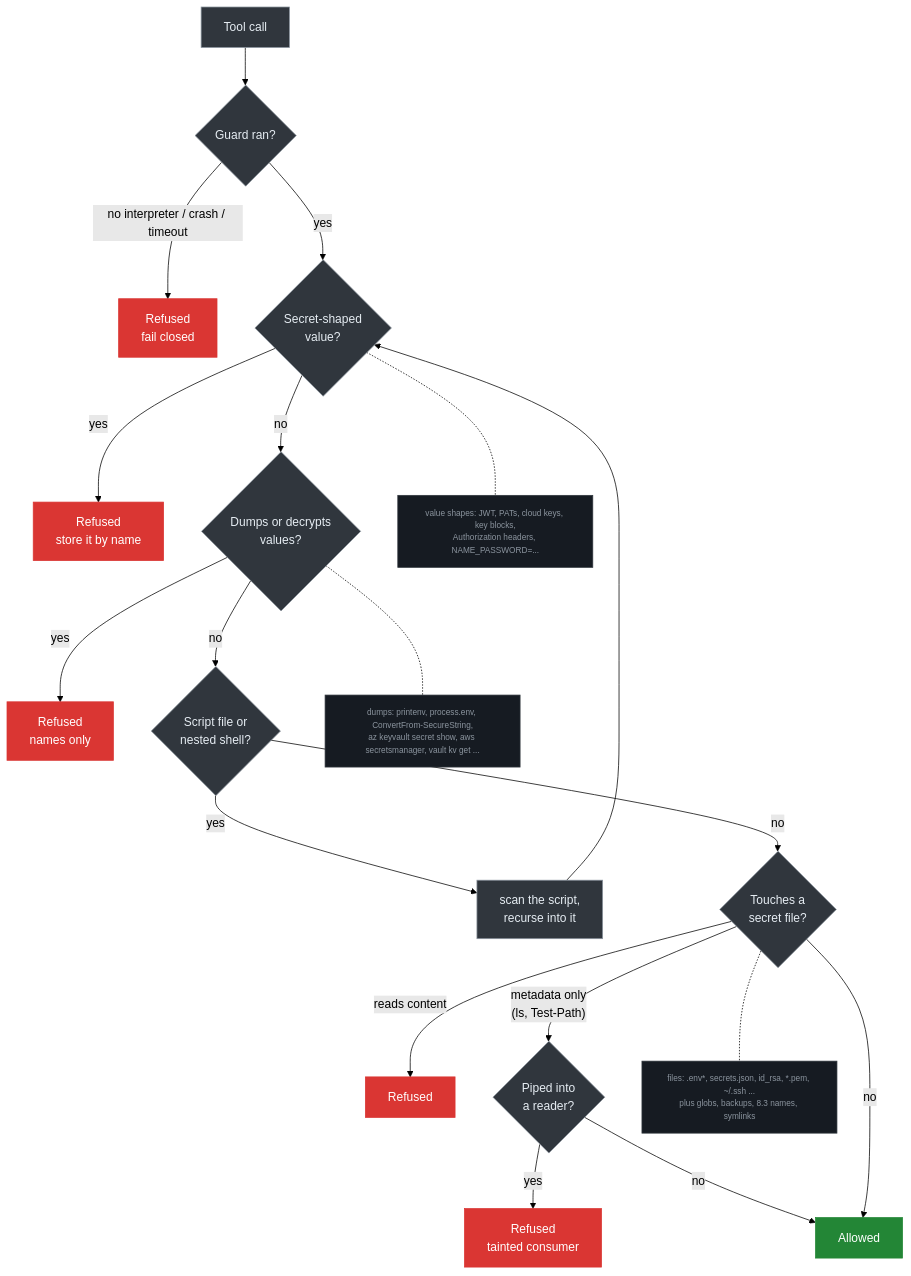
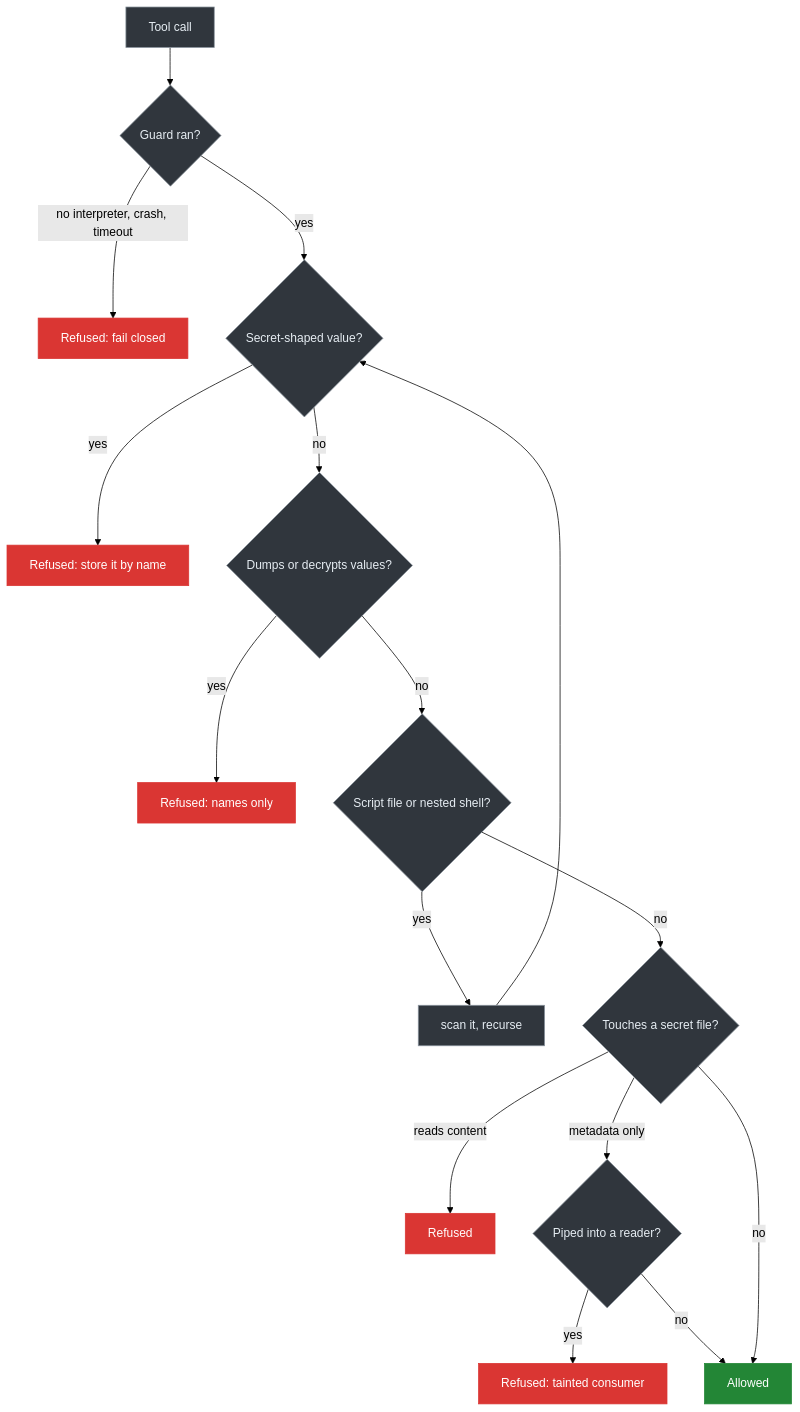
Before and after one commit to rankinbc/Secret-Courier-Claude: the third of 4 diagrams in README.md, drawn with Mermaid (forest theme). The commit also changed other lines of this file, not shown here.

Commit message:
docs: README as a finished product page - why, how it keeps a secret safe, how it moves one, a session, what the guard refuses, where a value can exist, trust verified

````diff
--- a/README.md
+++ b/README.md
@@ -125,29 +148,21 @@
 ```mermaid
 flowchart TD
     classDef block fill:#da3633,stroke:#da3633,color:#fff
     classDef allow fill:#238636,stroke:#238636,color:#fff
     classDef step fill:#30363d,stroke:#8b949e,color:#e6edf3
 
     A["Tool call"]:::step --> B{"Guard ran?"}:::step
-    B -- "no interpreter / crash / timeout" --> X1["Refused<br/>fail closed"]:::block
-    B -- yes --> C{"Secret-shaped<br/>value?"}:::step
-    C -- yes --> X2["Refused<br/>store it by name"]:::block
-    C -- no --> D{"Dumps or decrypts<br/>values?"}:::step
-    D -- yes --> X3["Refused<br/>names only"]:::block
-    D -- no --> G{"Script file or<br/>nested shell?"}:::step
-    G -- yes --> H["scan the script,<br/>recurse into it"]:::step --> C
-    G -- no --> E{"Touches a<br/>secret file?"}:::step
+    B -- "no interpreter, crash, timeout" --> X1["Refused: fail closed"]:::block
+    B -- yes --> C{"Secret-shaped value?"}:::step
+    C -- yes --> X2["Refused: store it by name"]:::block
+    C -- no --> D{"Dumps or decrypts values?"}:::step
+    D -- yes --> X3["Refused: names only"]:::block
+    D -- no --> G{"Script file or nested shell?"}:::step
+    G -- yes --> H["scan it, recurse"]:::step --> C
+    G -- no --> E{"Touches a secret file?"}:::step
     E -- "reads content" --> X4["Refused"]:::block
-    E -- "metadata only<br/>(ls, Test-Path)" --> F{"Piped into<br/>a reader?"}:::step
-    F -- yes --> X5["Refused<br/>tainted consumer"]:::block
+    E -- "metadata only" --> F{"Piped into a reader?"}:::step
+    F -- yes --> X5["Refused: tainted consumer"]:::block
     F -- no --> OK["Allowed"]:::allow
     E -- no --> OK
-
-    N1["value shapes: JWT, PATs, cloud keys, key blocks,<br/>Authorization headers, NAME_PASSWORD=..."]:::note
-    N2["dumps: printenv, process.env, ConvertFrom-SecureString,<br/>az keyvault secret show, aws secretsmanager, vault kv get ..."]:::note
-    N3["files: .env*, secrets.json, id_rsa, *.pem, ~/.ssh ...<br/>plus globs, backups, 8.3 names, symlinks"]:::note
-    classDef note fill:#161b22,stroke:#30363d,color:#8b949e,font-size:11px
-    C -.- N1
-    D -.- N2
-    E -.- N3
 ```
````
